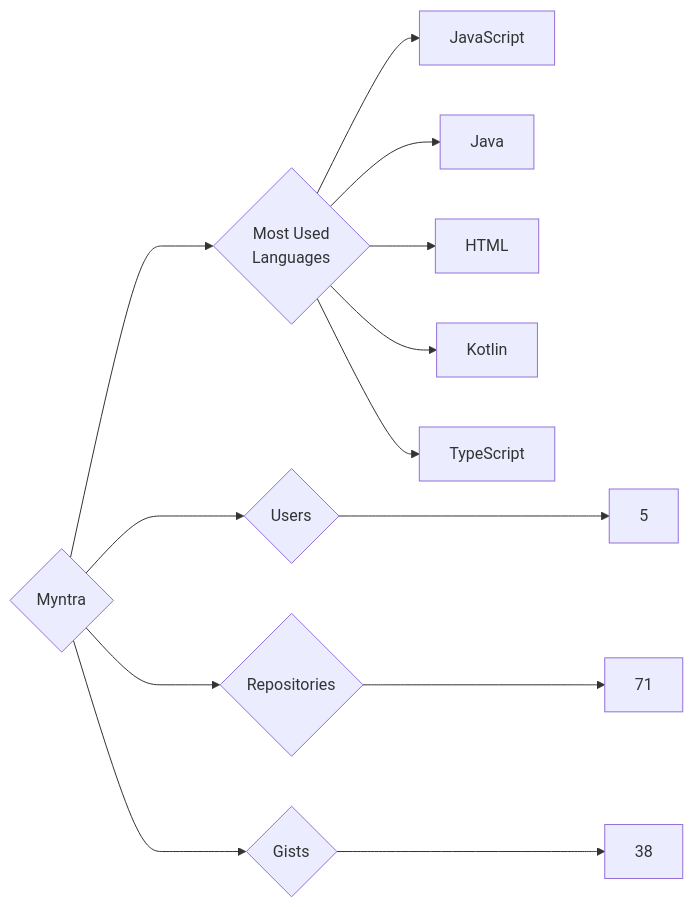
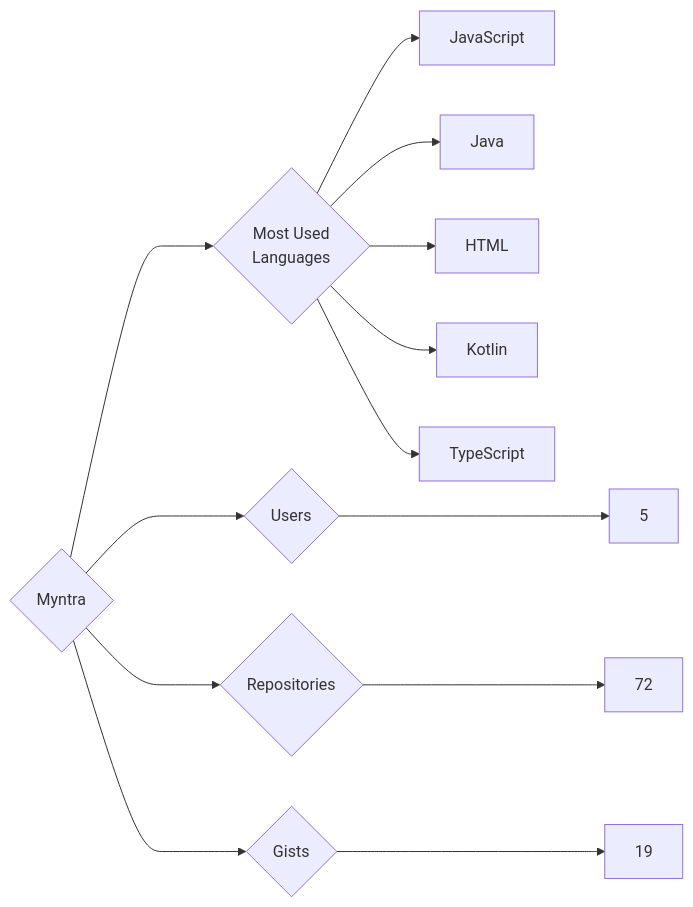
The diagram in targets/Myntra/README.md (trickest/insiders), drawn with Mermaid before and after one commit. The commit also changed 878 other files, not shown here.

````diff
--- a/targets/Myntra/README.md
+++ b/targets/Myntra/README.md
@@ -3,13 +3,13 @@
 ```mermaid
 graph LR
 COMPANY_NAME{Myntra}
 COMPANY_NAME ---> U{Users} ---> UN[5]
-COMPANY_NAME ---> R{Repositories} ---> RN[71]
-COMPANY_NAME ---> G{Gists} ---> GN[38]
+COMPANY_NAME ---> R{Repositories} ---> RN[72]
+COMPANY_NAME ---> G{Gists} ---> GN[19]
 COMPANY_NAME ---> ML{Most Used<br>Languages}
 ML --> JavaScript[JavaScript]
 ML --> Java[Java]
 ML --> HTML[HTML]
 ML --> Kotlin[Kotlin]
 ML --> TypeScript[TypeScript]
 ```
````
